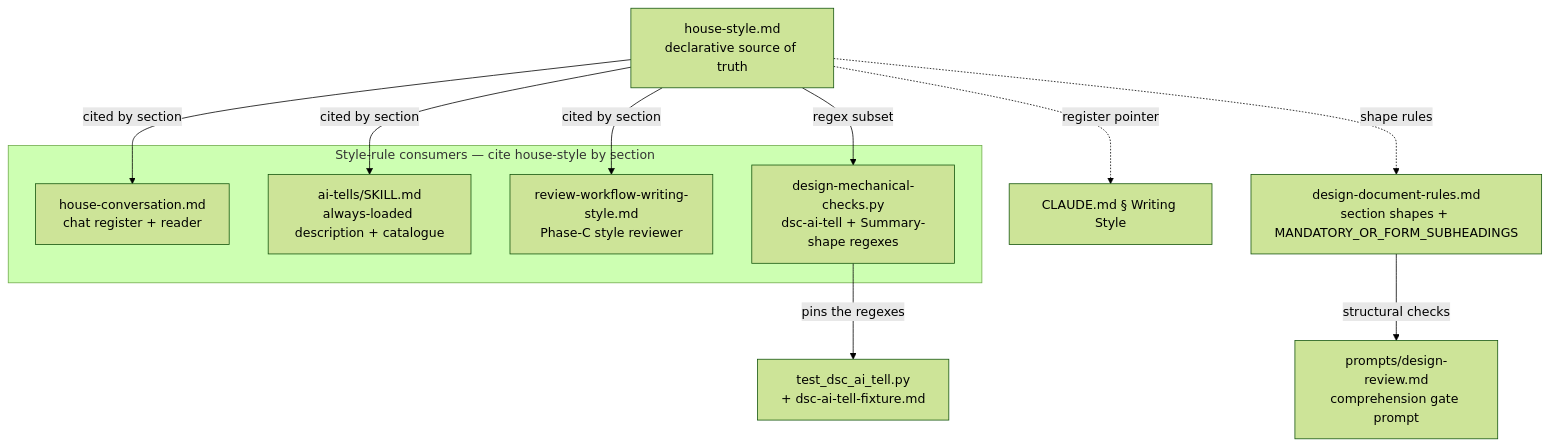
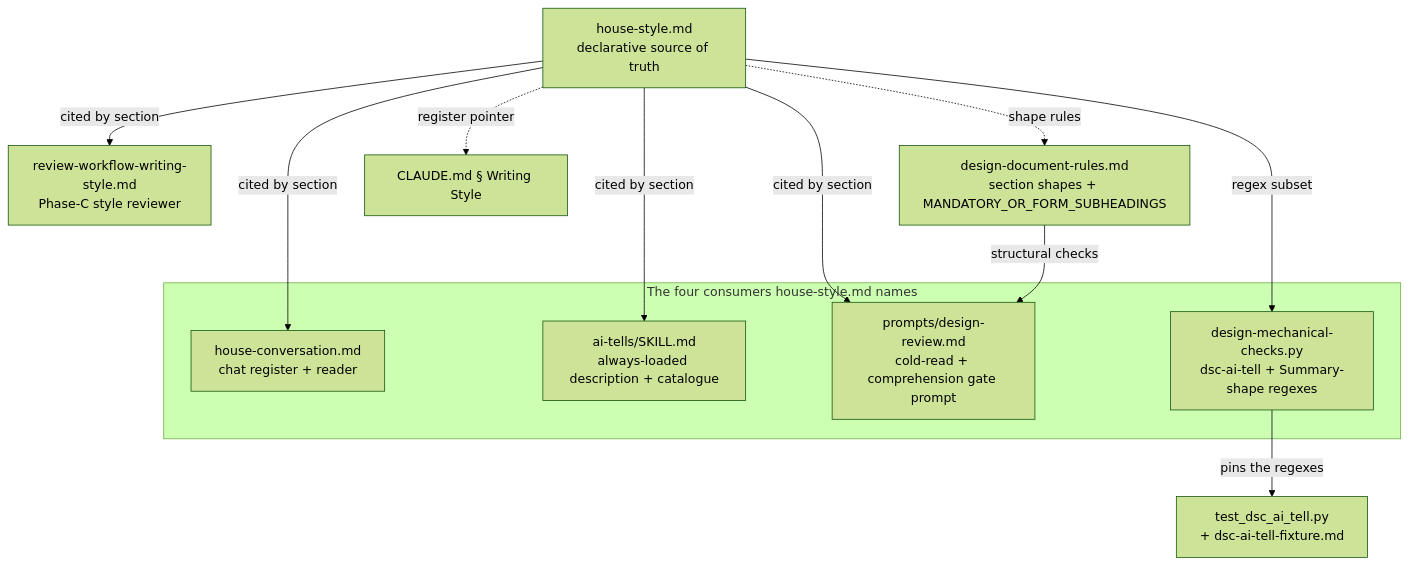
The first of 2 diagrams in docs/adr/tech-writer-tone/_workflow/design.md (JetBrains/youtrackdb), drawn with Mermaid (forest theme) before and after one commit. The commit also changed other lines of this file and 8 other files, not shown here.

````diff
--- a/docs/adr/tech-writer-tone/_workflow/design.md
+++ b/docs/adr/tech-writer-tone/_workflow/design.md
@@ -95,25 +91,26 @@
 ```mermaid
 flowchart TD
     HS["house-style.md<br/>declarative source of truth"]
 
-    subgraph consumers["Style-rule consumers — cite house-style by section"]
+    subgraph consumers["The four consumers house-style.md names"]
         HC["house-conversation.md<br/>chat register + reader"]
         AT["ai-tells/SKILL.md<br/>always-loaded description + catalogue"]
-        RWS["review-workflow-writing-style.md<br/>Phase-C style reviewer"]
+        DR["prompts/design-review.md<br/>cold-read + comprehension gate prompt"]
         DSC["design-mechanical-checks.py<br/>dsc-ai-tell + Summary-shape regexes"]
     end
 
+    RWS["review-workflow-writing-style.md<br/>Phase-C style reviewer"]
     TEST["test_dsc_ai_tell.py<br/>+ dsc-ai-tell-fixture.md"]
     DDR["design-document-rules.md<br/>section shapes + MANDATORY_OR_FORM_SUBHEADINGS"]
-    DR["prompts/design-review.md<br/>comprehension gate prompt"]
     CL["CLAUDE.md § Writing Style"]
 
     HS -->|cited by section| HC
     HS -->|cited by section| AT
+    HS -->|cited by section| DR
+    HS -->|regex subset| DSC
     HS -->|cited by section| RWS
-    HS -->|regex subset| DSC
     DSC -->|pins the regexes| TEST
     HS -.->|shape rules| DDR
     HS -.->|register pointer| CL
     DDR -->|structural checks| DR
 ```
````
